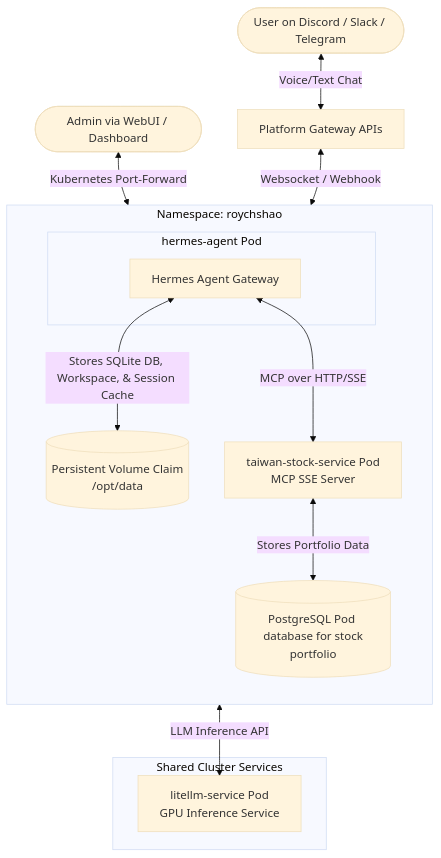
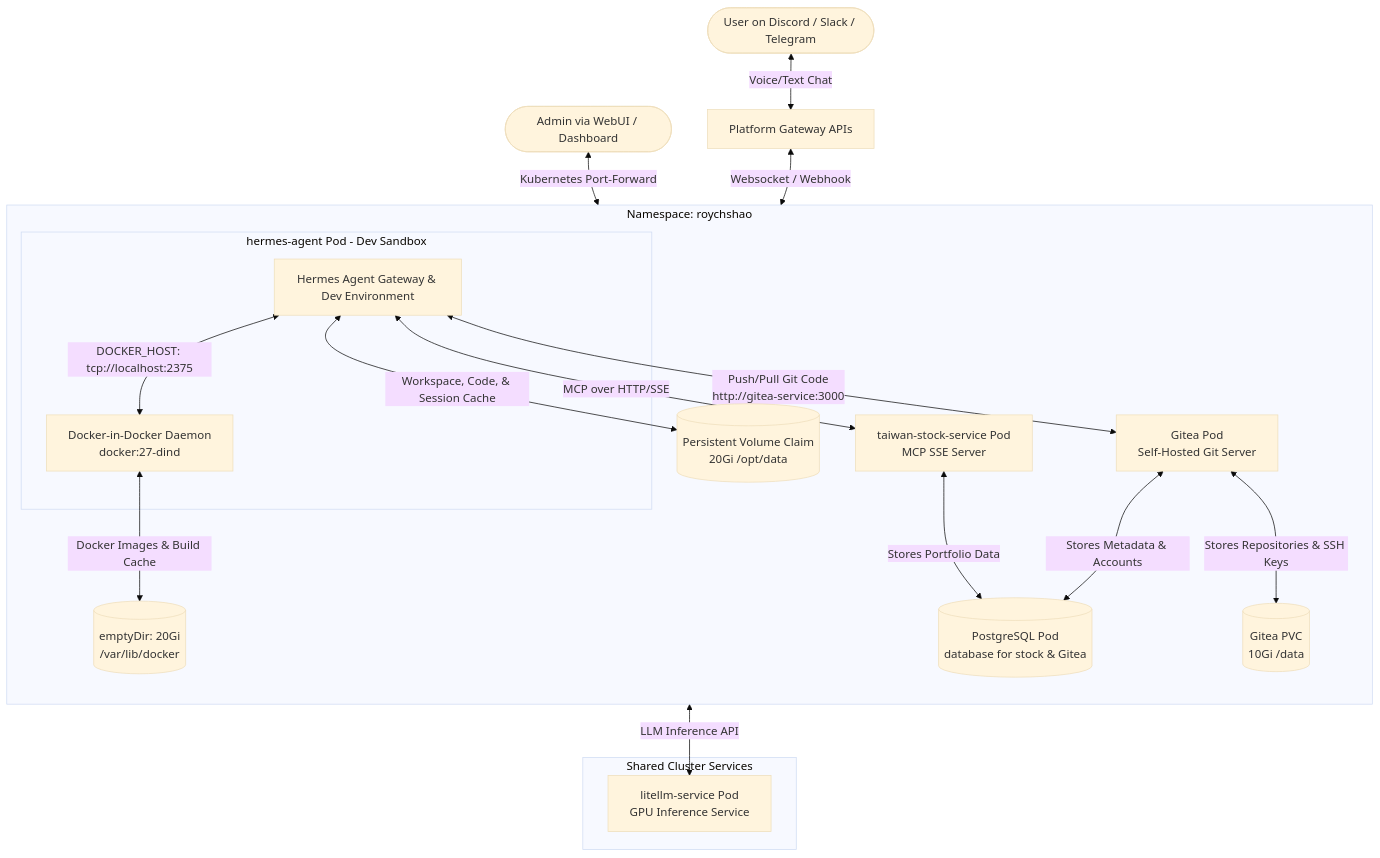
One commit to roychshao/hermes-agent-k8s-config changed the diagram in README.md. Above: the diagram before and after it, drawn with Mermaid (base theme). The commit also changed other lines of this file and 11 other files, not shown here.

Commit message:
feat(k8s): pin hermes-agent image digest, add gitea helper CLI and deployment manifests

````diff
--- a/README.md
+++ b/README.md
@@ -11,28 +11,35 @@
 ```mermaid
 graph TD
     User_Platform([User on Discord / Slack / Telegram]) <-->|Voice/Text Chat| Gateway_APIs[Platform Gateway APIs]
     User_Admin([Admin via WebUI / Dashboard]) <-->|Kubernetes Port-Forward| Agent[Hermes Agent Gateway]
     
     Gateway_APIs <-->|Websocket / Webhook| Agent
     
     subgraph Namespace_roychshao [Namespace: roychshao]
         direction TB
-        subgraph Pod_Hermes [hermes-agent Pod]
-            Agent
+        subgraph Pod_Hermes [hermes-agent Pod - Dev Sandbox]
+            Agent[Hermes Agent Gateway & Dev Environment] <-->|DOCKER_HOST: tcp://localhost:2375| DinD[Docker-in-Docker Daemon <br> docker:27-dind]
         end
         
-        PVC[(Persistent Volume Claim <br> /opt/data)]
-        Postgres[(PostgreSQL Pod <br> database for stock portfolio)]
+        PVC[(Persistent Volume Claim <br> 20Gi /opt/data)]
+        DockerStorage[(emptyDir: 20Gi <br> /var/lib/docker)]
+        Postgres[(PostgreSQL Pod <br> database for stock & Gitea)]
         StockService[taiwan-stock-service Pod <br> MCP SSE Server]
+        Gitea[Gitea Pod <br> Self-Hosted Git Server]
+        GiteaPVC[(Gitea PVC <br> 10Gi /data)]
         
-        Agent <-->|Stores SQLite DB, Workspace, & Session Cache| PVC
+        Agent <-->|Workspace, Code, & Session Cache| PVC
+        DinD <-->|Docker Images & Build Cache| DockerStorage
         StockService <-->|Stores Portfolio Data| Postgres
+        Gitea <-->|Stores Metadata & Accounts| Postgres
+        Gitea <-->|Stores Repositories & SSH Keys| GiteaPVC
+        Agent <-->|Push/Pull Git Code <br> http://gitea-service:3000| Gitea
         Agent <-->|MCP over HTTP/SSE| StockService
     end
     
     subgraph Other_Namespaces [Shared Cluster Services]
         LiteLLM[litellm-service Pod <br> GPU Inference Service]
     end
     
     Agent <-->|LLM Inference API| LiteLLM
 ```
````
